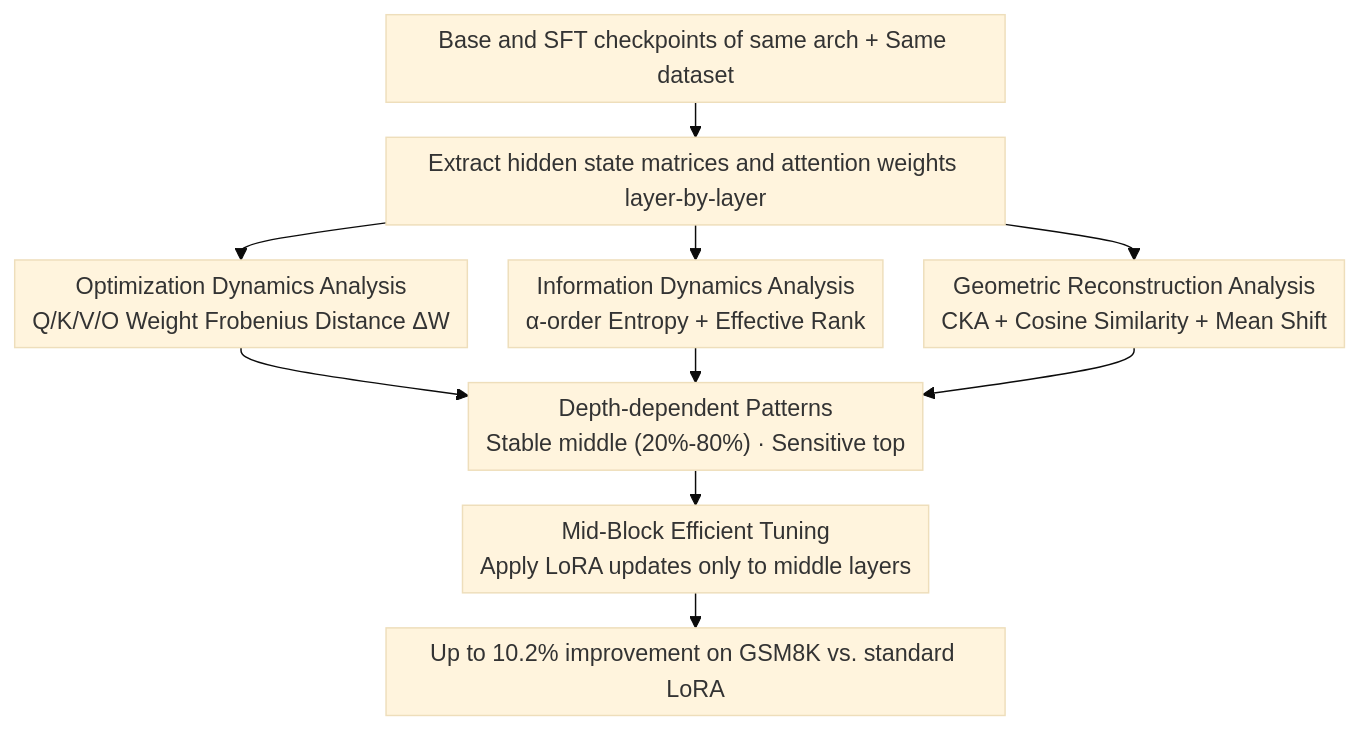
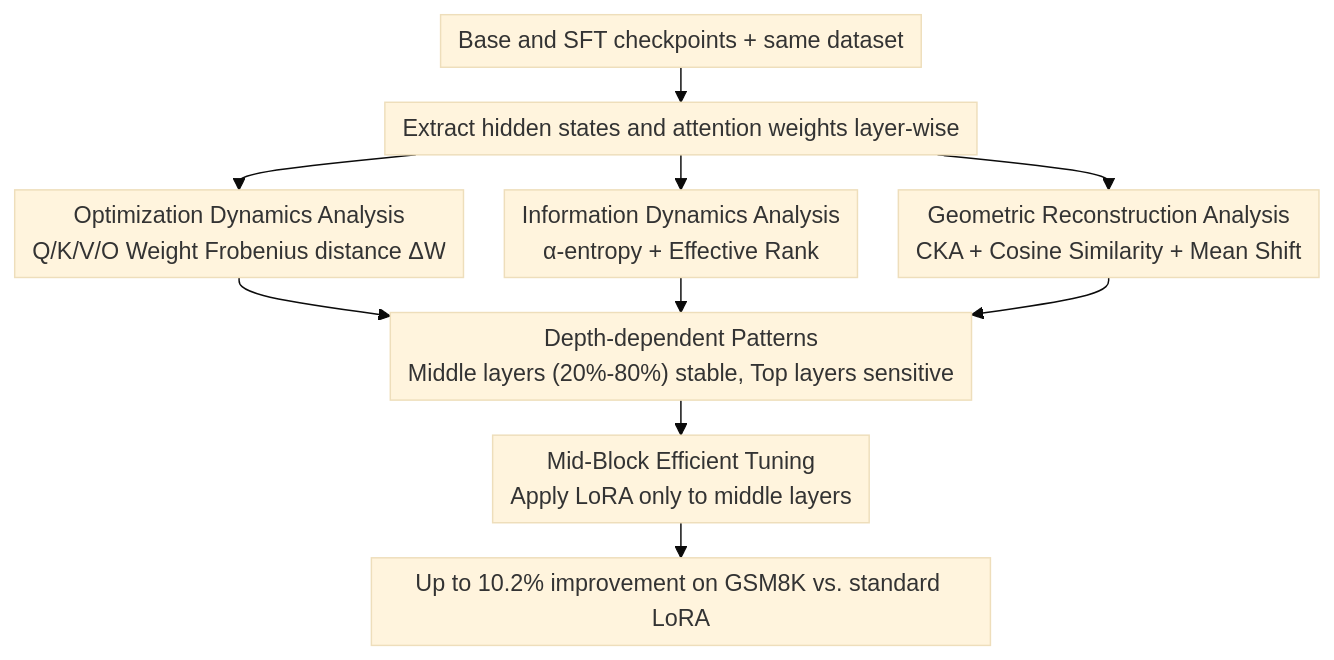
One commit to zhaoyang97/Paper-Notes-en changed the diagram in docs/ACL2026/model_compression/a_layer-wise_analysis_of_supervised_fine-tuning.md. Above: the diagram before and after it, drawn with Mermaid (base theme). The commit also changed other lines of this file and 5084 other files, not shown here.

````diff
--- a/docs/ACL2026/model_compression/a_layer-wise_analysis_of_supervised_fine-tuning.md
+++ b/docs/ACL2026/model_compression/a_layer-wise_analysis_of_supervised_fine-tuning.md
@@ -43,13 +43,13 @@
 ```mermaid
 %%{init: {'flowchart': {'rankSpacing': 24, 'nodeSpacing': 28, 'padding': 6, 'wrappingWidth': 400}}}%%
 flowchart TD
-    A["Base and SFT checkpoints of same arch + Same dataset"] --> B["Extract hidden state matrices and attention weights layer-by-layer"]
-    B --> C1["Optimization Dynamics Analysis<br/>Q/K/V/O Weight Frobenius Distance ΔW"]
-    B --> C2["Information Dynamics Analysis<br/>α-order Entropy + Effective Rank"]
+    A["Base and SFT checkpoints + same dataset"] --> B["Extract hidden states and attention weights layer-wise"]
+    B --> C1["Optimization Dynamics Analysis<br/>Q/K/V/O Weight Frobenius distance ΔW"]
+    B --> C2["Information Dynamics Analysis<br/>α-entropy + Effective Rank"]
     B --> C3["Geometric Reconstruction Analysis<br/>CKA + Cosine Similarity + Mean Shift"]
-    C1 --> D["Depth-dependent Patterns<br/>Stable middle (20%-80%) · Sensitive top"]
+    C1 --> D["Depth-dependent Patterns<br/>Middle layers (20%-80%) stable, Top layers sensitive"]
     C2 --> D
     C3 --> D
-    D --> E["Mid-Block Efficient Tuning<br/>Apply LoRA updates only to middle layers"]
+    D --> E["Mid-Block Efficient Tuning<br/>Apply LoRA only to middle layers"]
     E --> F["Up to 10.2% improvement on GSM8K vs. standard LoRA"]
 ```
````
